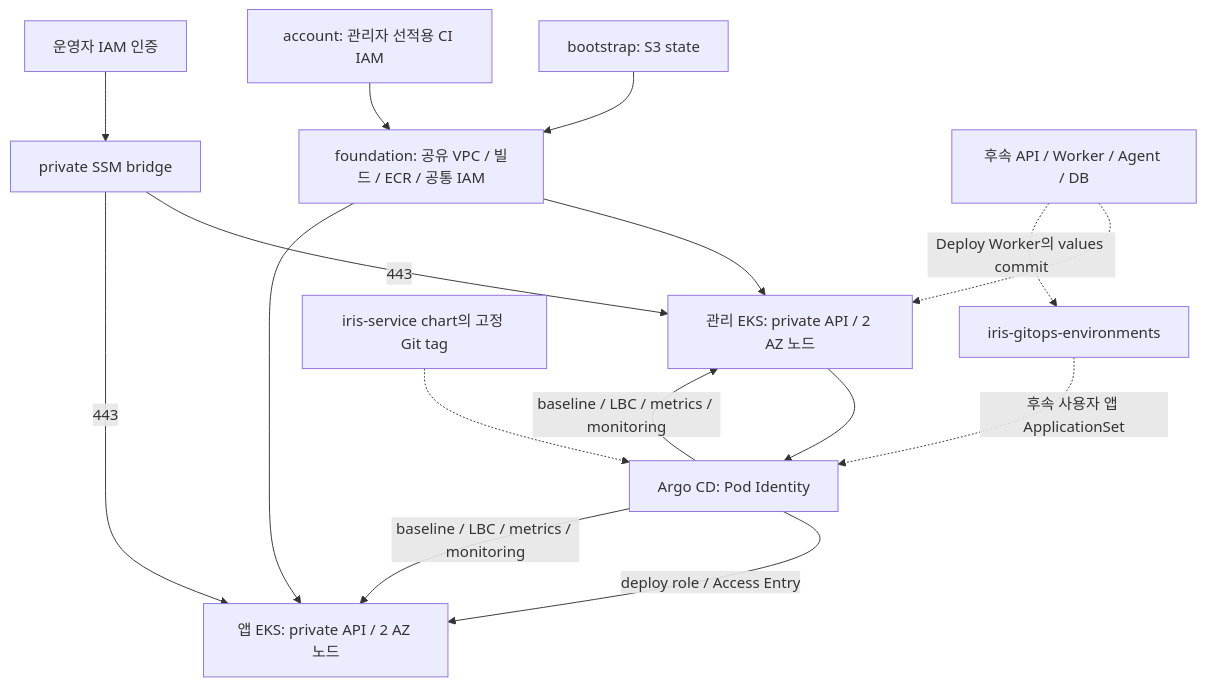
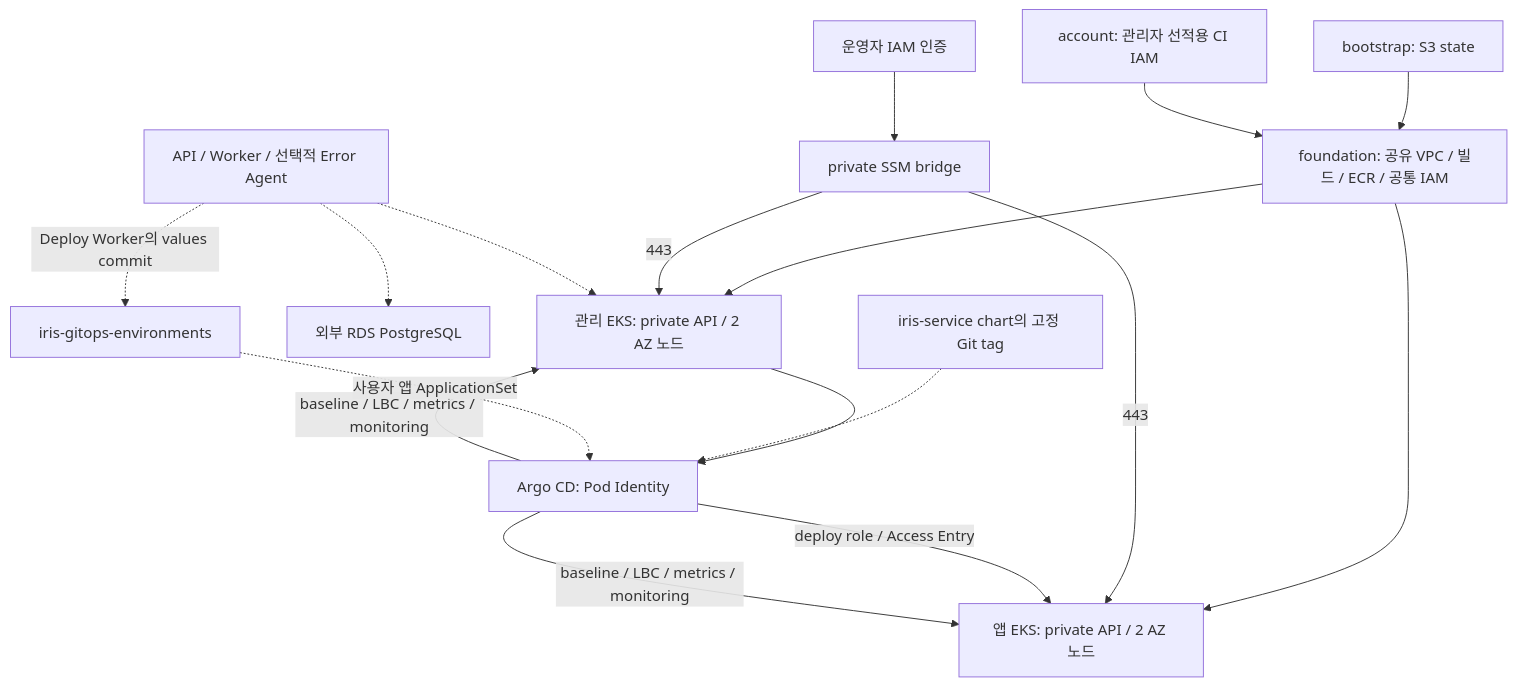
Before and after one commit to 2026-softbank-1/iris-infra: the diagram in docs/architecture.md, drawn with Mermaid. The commit also changed other lines of this file and 34 other files, not shown here.

````diff
--- a/docs/architecture.md
+++ b/docs/architecture.md
@@ -5,18 +5,19 @@
 ```mermaid
 flowchart TD
   S[bootstrap: S3 state] --> F[foundation: 공유 VPC / 빌드 / ECR / 공통 IAM]
   A[account: 관리자 선적용 CI IAM] --> F
   F --> M[관리 EKS: private API / 2 AZ 노드]
   F --> W[앱 EKS: private API / 2 AZ 노드]
   O[운영자 IAM 인증] --> B[private SSM bridge]
   B -->|443| M
   B -->|443| W
   M --> G[Argo CD: Pod Identity]
   G -->|deploy role / Access Entry| W
   G -->|baseline / LBC / metrics / monitoring| M
   G -->|baseline / LBC / metrics / monitoring| W
-  P[후속 API / Worker / Agent / DB] -.-> M
+  P[API / Worker / 선택적 Error Agent] -.-> M
+  P -.-> R[외부 RDS PostgreSQL]
   P -.->|Deploy Worker의 values commit| V[iris-gitops-environments]
   C[iris-service chart의 고정 Git tag] -.-> G
-  V -.->|후속 사용자 앱 ApplicationSet| G
+  V -.->|사용자 앱 ApplicationSet| G
 ```
````
